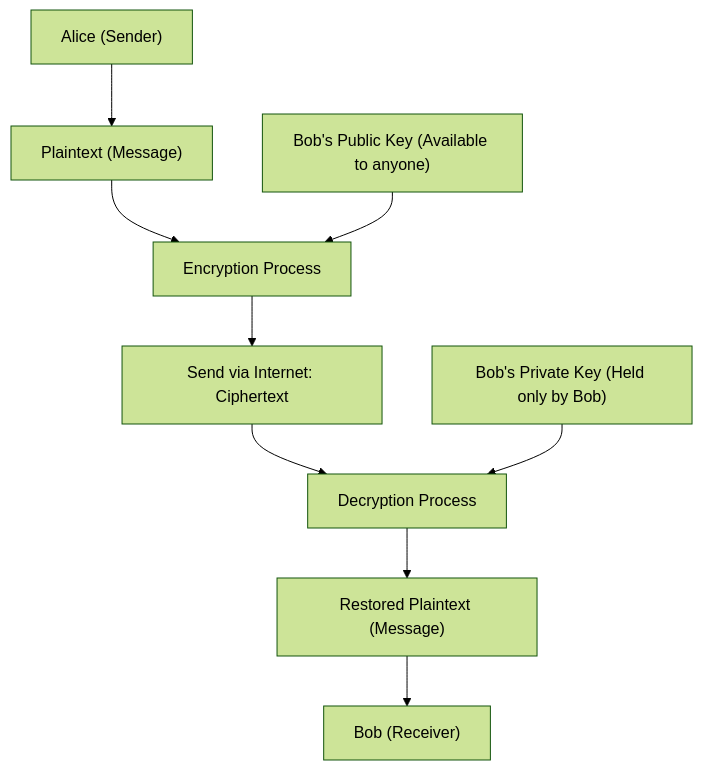
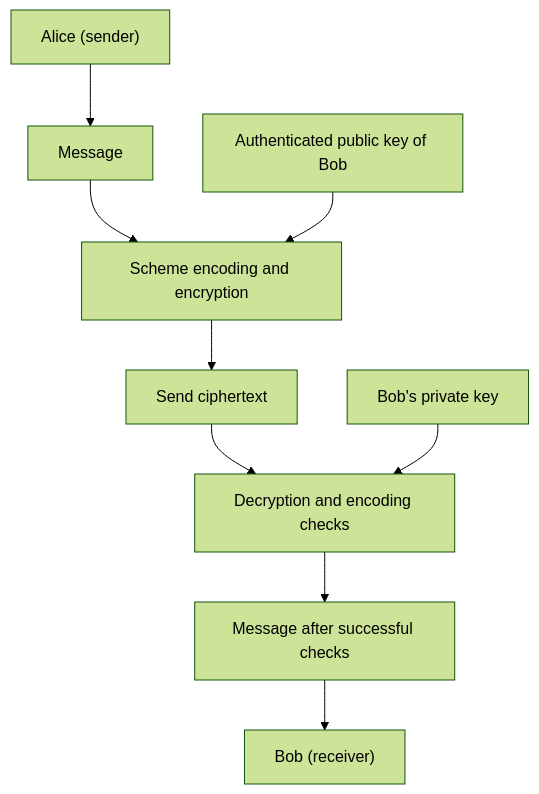
One commit to kenjinote/blog changed the first of 3 diagrams in content/post/rsa暗号の仕組みを高校生でもわかるように説明する/index.en.md. Above: the diagram before and after it, drawn with Mermaid (forest theme). The commit also changed other lines of this file and 8 other files, not shown here.

````diff
--- a/content/post/rsa暗号の仕組みを高校生でもわかるように説明する/index.en.md
+++ b/content/post/rsa暗号の仕組みを高校生でもわかるように説明する/index.en.md
@@ -45,11 +23,11 @@
 ```mermaid
 graph TD
-    A["Alice (Sender)"] --> B["Plaintext (Message)"]
-    B --> C["Encryption Process"]
-    D["Bob's Public Key (Available to anyone)"] --> C
-    C --> E["Send via Internet: Ciphertext"]
-    E --> F["Decryption Process"]
-    G["Bob's Private Key (Held only by Bob)"] --> F
-    F --> H["Restored Plaintext (Message)"]
-    H --> I["Bob (Receiver)"]
+    A["Alice (sender)"] --> B["Message"]
+    B --> C["Scheme encoding and encryption"]
+    D["Authenticated public key of Bob"] --> C
+    C --> E["Send ciphertext"]
+    E --> F["Decryption and encoding checks"]
+    G["Bob's private key"] --> F
+    F --> H["Message after successful checks"]
+    H --> I["Bob (receiver)"]
 ```
````
